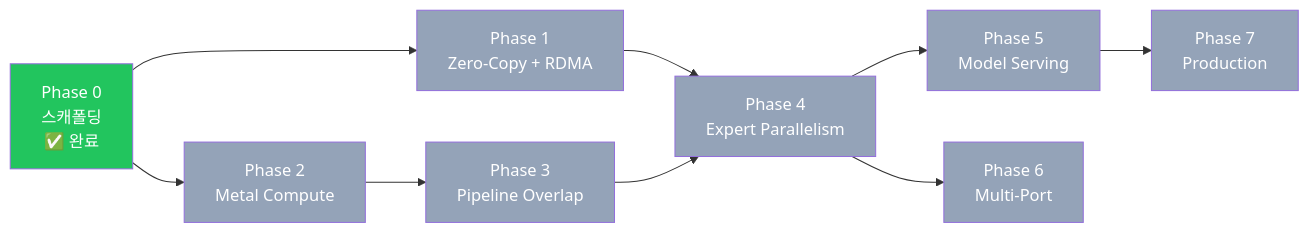
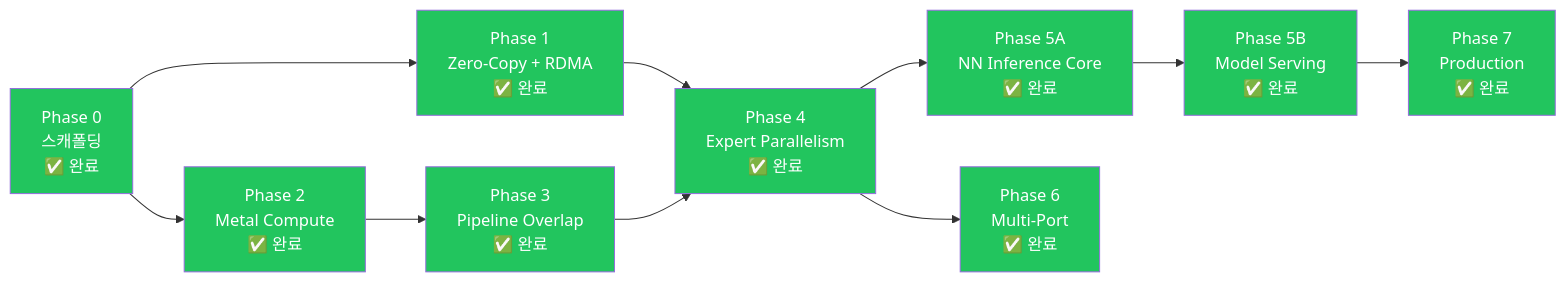
The diagram in docs/roadmap/phases.md (0xDaizz/RMLX), drawn with Mermaid before and after one commit. The commit also changed other lines of this file and 11 other files, not shown here.

````diff
--- a/docs/roadmap/phases.md
+++ b/docs/roadmap/phases.md
@@ -24,29 +51,32 @@
 ```mermaid
 graph LR
     P0["Phase 0<br/>스캐폴딩<br/>✅ 완료"]
-    P1["Phase 1<br/>Zero-Copy + RDMA"]
-    P2["Phase 2<br/>Metal Compute"]
-    P3["Phase 3<br/>Pipeline Overlap"]
-    P4["Phase 4<br/>Expert Parallelism"]
-    P5["Phase 5<br/>Model Serving"]
-    P6["Phase 6<br/>Multi-Port"]
-    P7["Phase 7<br/>Production"]
+    P1["Phase 1<br/>Zero-Copy + RDMA<br/>✅ 완료"]
+    P2["Phase 2<br/>Metal Compute<br/>✅ 완료"]
+    P3["Phase 3<br/>Pipeline Overlap<br/>✅ 완료"]
+    P4["Phase 4<br/>Expert Parallelism<br/>✅ 완료"]
+    P5A["Phase 5A<br/>NN Inference Core<br/>✅ 완료"]
+    P5B["Phase 5B<br/>Model Serving<br/>✅ 완료"]
+    P6["Phase 6<br/>Multi-Port<br/>✅ 완료"]
+    P7["Phase 7<br/>Production<br/>✅ 완료"]
 
     P0 --> P1
     P0 --> P2
     P2 --> P3
     P1 --> P4
     P3 --> P4
-    P4 --> P5
+    P4 --> P5A
+    P5A --> P5B
     P4 --> P6
-    P5 --> P7
+    P5B --> P7
 
     style P0 fill:#22c55e,color:#fff
-    style P1 fill:#94a3b8,color:#fff
-    style P2 fill:#94a3b8,color:#fff
-    style P3 fill:#94a3b8,color:#fff
-    style P4 fill:#94a3b8,color:#fff
-    style P5 fill:#94a3b8,color:#fff
-    style P6 fill:#94a3b8,color:#fff
-    style P7 fill:#94a3b8,color:#fff
+    style P1 fill:#22c55e,color:#fff
+    style P2 fill:#22c55e,color:#fff
+    style P3 fill:#22c55e,color:#fff
+    style P4 fill:#22c55e,color:#fff
+    style P5A fill:#22c55e,color:#fff
+    style P5B fill:#22c55e,color:#fff
+    style P6 fill:#22c55e,color:#fff
+    style P7 fill:#22c55e,color:#fff
 ```
````
